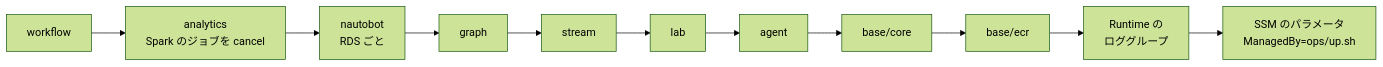
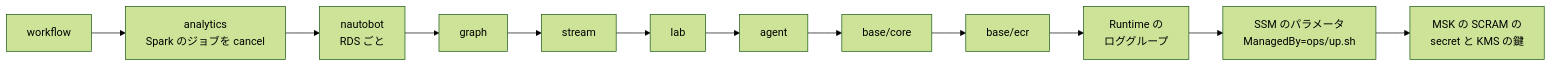
One commit to eddie-eights/nwc-poc changed the diagram in docs/deploy.md. Above: the diagram before and after it, drawn with Mermaid (forest theme). The commit also changed other lines of this file and 34 other files, not shown here.

First line of the commit message:
MSK に SASL/SCRAM を足し、syslog-ng と GoFlow2 を立てる（012）commit 4: ops が SCRAM の secret と KMS の鍵を作って消し、syslog-ng と GoFlow2 のイメージと待ちを足し、docs を MDT なし・syslog-ng・GoFlow2 に揃える

````diff
--- a/docs/deploy.md
+++ b/docs/deploy.md
@@ -108,4 +109,4 @@
 ```mermaid
 flowchart LR
-  A["workflow"] --> B["analytics<br/>Spark のジョブを cancel"] --> N["nautobot<br/>RDS ごと"] --> C["graph"] --> D["stream"] --> E["lab"] --> F["agent"] --> G["base/core"] --> H["base/ecr"] --> I["Runtime の<br/>ロググループ"] --> J["SSM のパラメータ<br/>ManagedBy=ops/up.sh"]
+  A["workflow"] --> B["analytics<br/>Spark のジョブを cancel"] --> N["nautobot<br/>RDS ごと"] --> C["graph"] --> D["stream"] --> E["lab"] --> F["agent"] --> G["base/core"] --> H["base/ecr"] --> I["Runtime の<br/>ロググループ"] --> J["SSM のパラメータ<br/>ManagedBy=ops/up.sh"] --> K["MSK の SCRAM の<br/>secret と KMS の鍵"]
 ```
````
